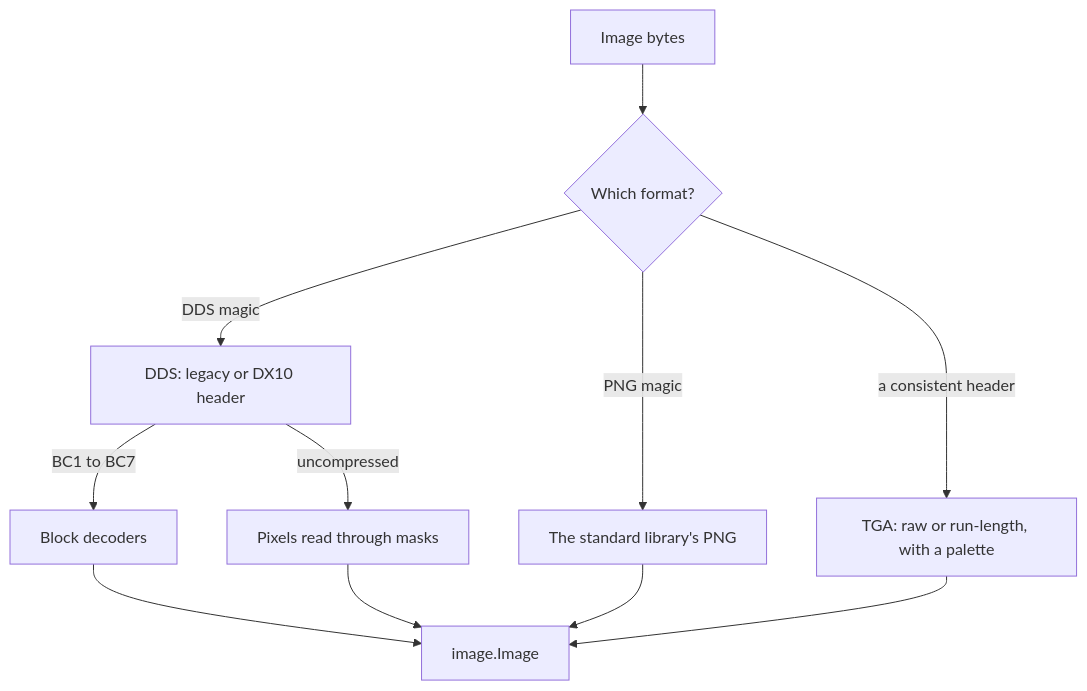
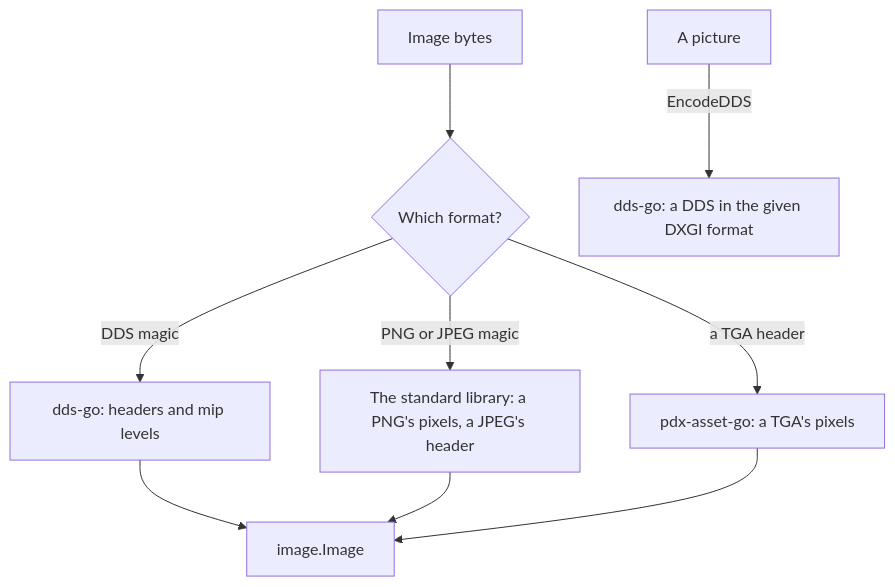
Before and after one commit to idodavis/paradox-modding-tools: the diagram in internal/texture/README.md, drawn with Mermaid. The commit also changed other lines of this file and 104 other files, not shown here.

````diff
--- a/internal/texture/README.md
+++ b/internal/texture/README.md
@@ -16,10 +17,9 @@
 ```mermaid
 flowchart TD
   bytes["Image bytes"] --> header{"Which format?"}
-  header -->|DDS magic| dds["DDS: legacy or DX10 header"]
-  header -->|PNG magic| png["The standard library's PNG"]
-  header -->|a consistent header| tga["TGA: raw or run-length, with a palette"]
-  dds -->|BC1 to BC7| blocks["Block decoders"]
-  dds -->|uncompressed| masks["Pixels read through masks"]
-  blocks & masks & png & tga --> pixels["image.Image"]
+  header -->|DDS magic| dds["dds-go: headers and mip levels"]
+  header -->|PNG or JPEG magic| standard["The standard library: a PNG's pixels, a JPEG's header"]
+  header -->|a TGA header| tga["pdx-asset-go: a TGA's pixels"]
+  dds & standard & tga --> pixels["image.Image"]
+  picture["A picture"] -->|EncodeDDS| written["dds-go: a DDS in the given DXGI format"]
 ```
````
